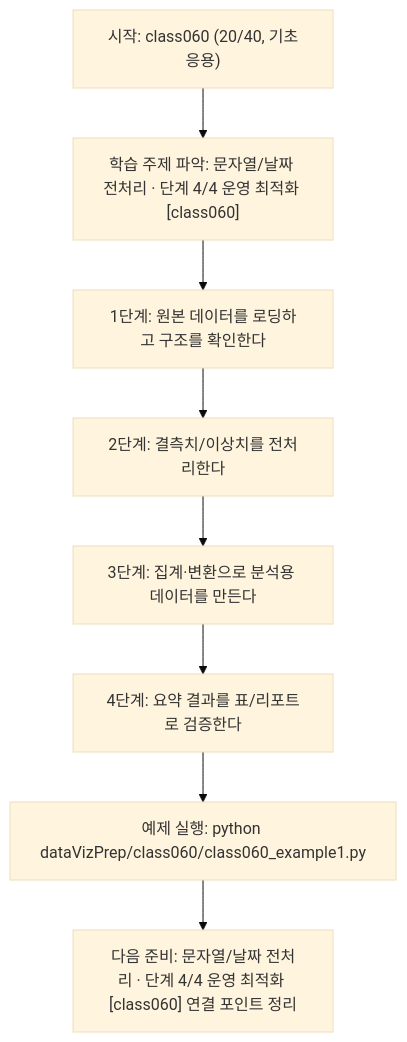
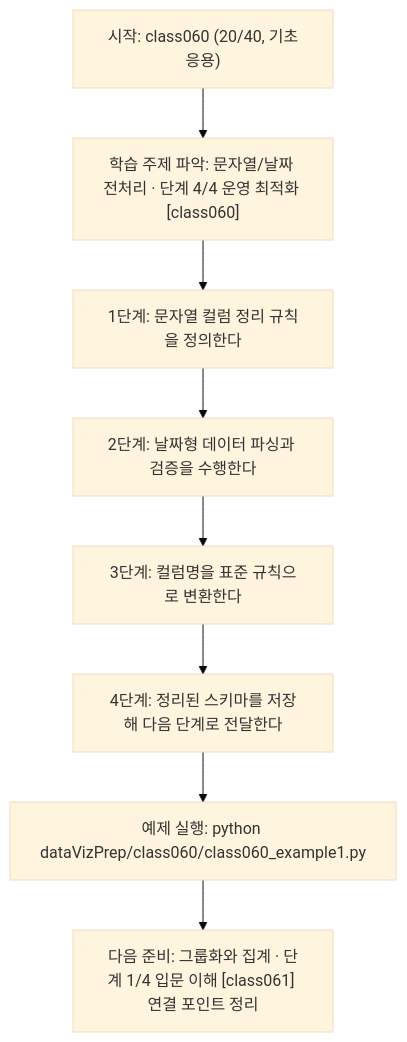
The diagram in dataVizPrep/class060/class060.md (edumgt/Python-AI_Agent-Class), drawn with Mermaid (base theme) before and after one commit. The commit also changed other lines of this file and 283 other files, not shown here.

````diff
--- a/dataVizPrep/class060/class060.md
+++ b/dataVizPrep/class060/class060.md
@@ -111,18 +92,18 @@
 ```mermaid
 flowchart TD
 N1["시작: class060 (20/40, 기초응용)"]
 N2["학습 주제 파악: 문자열/날짜 전처리 · 단계 4/4 운영 최적화 [class060]"]
-N3["1단계: 원본 데이터를 로딩하고 구조를 확인한다"]
-N4["2단계: 결측치/이상치를 전처리한다"]
-N5["3단계: 집계·변환으로 분석용 데이터를 만든다"]
-N6["4단계: 요약 결과를 표/리포트로 검증한다"]
+N3["1단계: 문자열 컬럼 정리 규칙을 정의한다"]
+N4["2단계: 날짜형 데이터 파싱과 검증을 수행한다"]
+N5["3단계: 컬럼명을 표준 규칙으로 변환한다"]
+N6["4단계: 정리된 스키마를 저장해 다음 단계로 전달한다"]
 N7["예제 실행: python dataVizPrep/class060/class060_example1.py"]
-N8["다음 준비: 문자열/날짜 전처리 · 단계 4/4 운영 최적화 [class060] 연결 포인트 정리"]
+N8["다음 준비: 그룹화와 집계 · 단계 1/4 입문 이해 [class061] 연결 포인트 정리"]
 N1 --> N2
 N2 --> N3
 N3 --> N4
 N4 --> N5
 N5 --> N6
 N6 --> N7
 N7 --> N8
 ```
````
